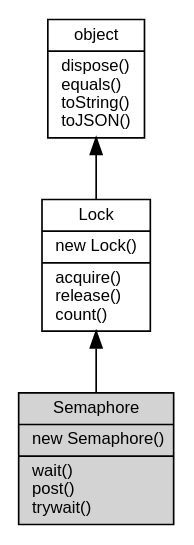
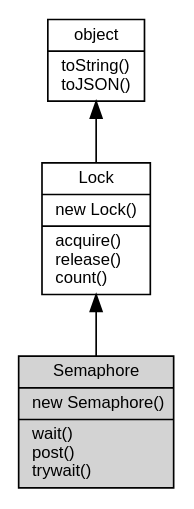
The diagram in docs/object/ifs/Semaphore.md (asionius/fibjs-ceph), drawn with Graphviz before and after one commit. The commit also changed other lines of this file and 138 other files, not shown here.

````diff
--- a/docs/object/ifs/Semaphore.md
+++ b/docs/object/ifs/Semaphore.md
@@ -27,12 +27,12 @@
 ```dot
 digraph {
     node [fontname="Helvetica,sans-Serif", fontsize=10, shape="record", style="filled", fillcolor="white"];
 
-    object [tooltip="object", URL="object.md", label="{object|dispose()\lequals()\ltoString()\ltoJSON()\l}"];
+    object [tooltip="object", URL="object.md", label="{object|toString()\ltoJSON()\l}"];
     Lock [tooltip="Lock", URL="Lock.md", label="{Lock|new Lock()\l|acquire()\lrelease()\lcount()\l}"];
-    Semaphore [tooltip="Semaphore", fillcolor="lightgray", label="{Semaphore|new Semaphore()\l|wait()\lpost()\ltrywait()\l}"];
+    Semaphore [tooltip="Semaphore", fillcolor="lightgray", id="me", label="{Semaphore|new Semaphore()\l|wait()\lpost()\ltrywait()\l}"];
 
     object -> Lock [dir=back];
     Lock -> Semaphore [dir=back];
 }
 ```
````
